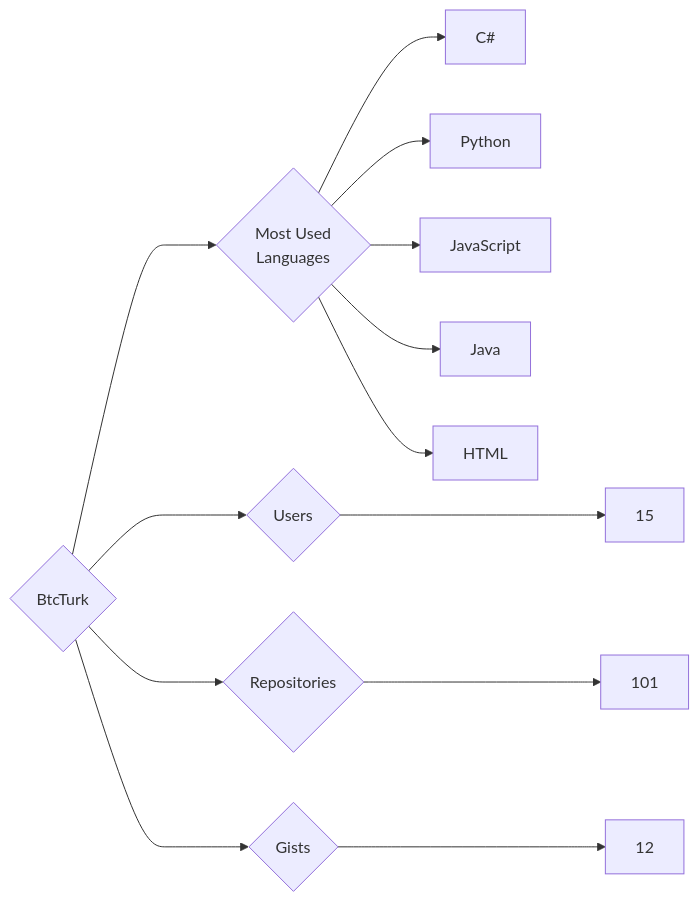
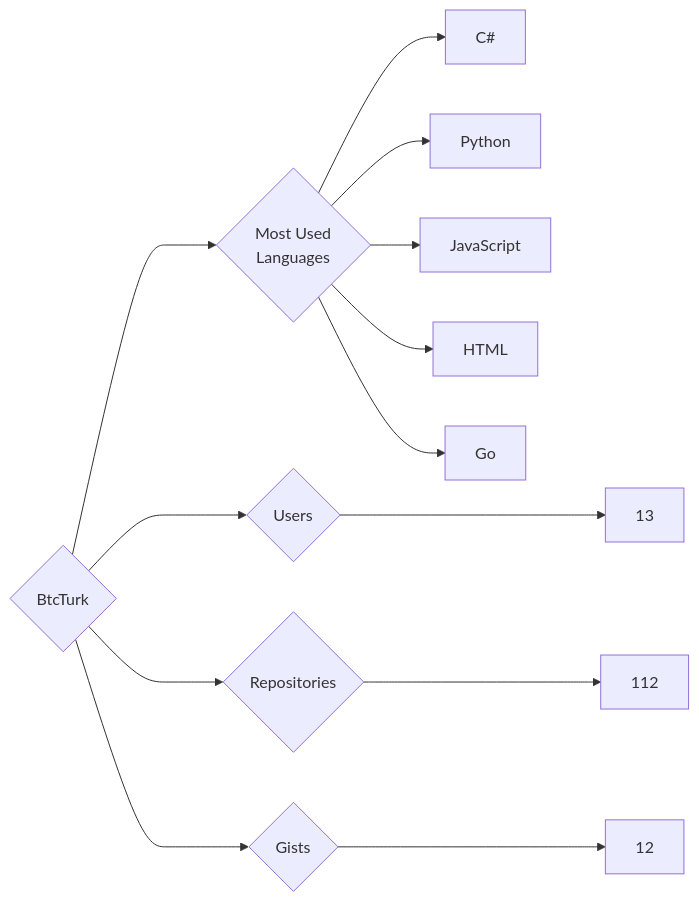
Before and after one commit to trickest/insiders: the diagram in targets/BtcTurk/README.md, drawn with Mermaid. The commit also changed 757 other files, not shown here.

````diff
--- a/targets/BtcTurk/README.md
+++ b/targets/BtcTurk/README.md
@@ -3,13 +3,13 @@
 ```mermaid
 graph LR
 COMPANY_NAME{BtcTurk}
-COMPANY_NAME ---> U{Users} ---> UN[15]
-COMPANY_NAME ---> R{Repositories} ---> RN[101]
+COMPANY_NAME ---> U{Users} ---> UN[13]
+COMPANY_NAME ---> R{Repositories} ---> RN[112]
 COMPANY_NAME ---> G{Gists} ---> GN[12]
 COMPANY_NAME ---> ML{Most Used<br>Languages}
 ML --> C#[C#]
 ML --> Python[Python]
 ML --> JavaScript[JavaScript]
-ML --> Java[Java]
 ML --> HTML[HTML]
+ML --> Go[Go]
 ```
````
